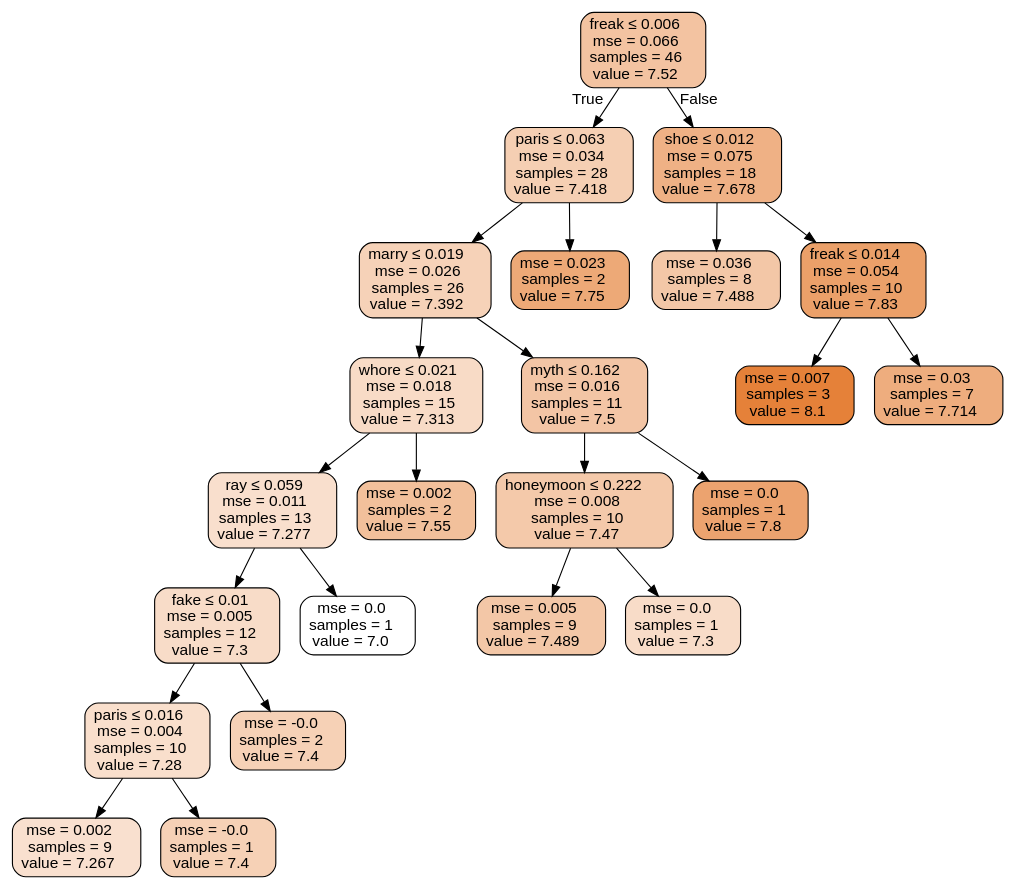
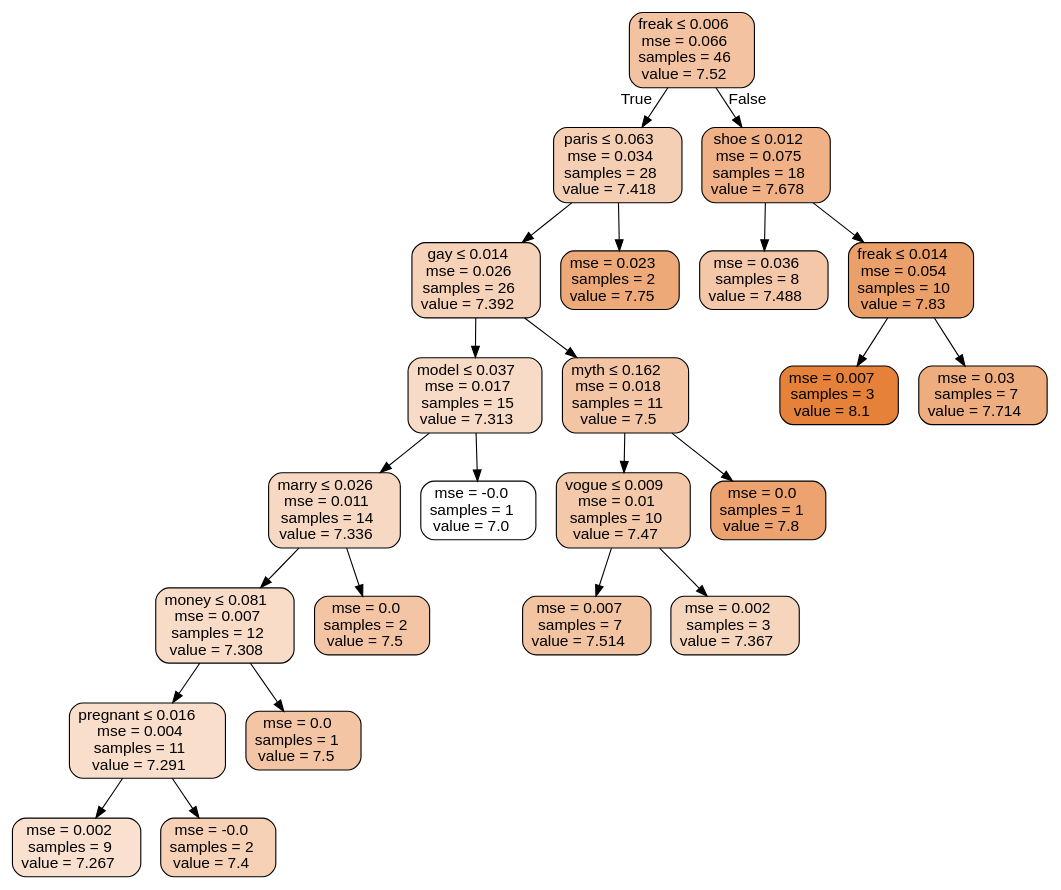
One commit to ranilovi/SATC_rating_prediction changed the diagram in boston_tree.dot. Above: the diagram before and after it, drawn with Graphviz. The commit also changed 3 other files, not shown here.

```diff
--- a/boston_tree.dot
+++ b/boston_tree.dot
@@ -1,49 +1,49 @@
 digraph Tree {
 node [shape=box, style="filled, rounded", color="black", fontname=helvetica] ;
 edge [fontname=helvetica] ;
 0 [label=<freak &le; 0.006<br/>mse = 0.066<br/>samples = 46<br/>value = 7.52>, fillcolor="#e5813978"] ;
 1 [label=<paris &le; 0.063<br/>mse = 0.034<br/>samples = 28<br/>value = 7.418>, fillcolor="#e5813961"] ;
 0 -> 1 [labeldistance=2.5, labelangle=45, headlabel="True"] ;
-2 [label=<marry &le; 0.019<br/>mse = 0.026<br/>samples = 26<br/>value = 7.392>, fillcolor="#e581395b"] ;
+2 [label=<gay &le; 0.014<br/>mse = 0.026<br/>samples = 26<br/>value = 7.392>, fillcolor="#e581395b"] ;
 1 -> 2 ;
-3 [label=<whore &le; 0.021<br/>mse = 0.018<br/>samples = 15<br/>value = 7.313>, fillcolor="#e5813949"] ;
+3 [label=<model &le; 0.037<br/>mse = 0.017<br/>samples = 15<br/>value = 7.313>, fillcolor="#e5813949"] ;
 2 -> 3 ;
-4 [label=<ray &le; 0.059<br/>mse = 0.011<br/>samples = 13<br/>value = 7.277>, fillcolor="#e5813940"] ;
+4 [label=<marry &le; 0.026<br/>mse = 0.011<br/>samples = 14<br/>value = 7.336>, fillcolor="#e581394e"] ;
 3 -> 4 ;
-5 [label=<fake &le; 0.01<br/>mse = 0.005<br/>samples = 12<br/>value = 7.3>, fillcolor="#e5813946"] ;
+5 [label=<money &le; 0.081<br/>mse = 0.007<br/>samples = 12<br/>value = 7.308>, fillcolor="#e5813947"] ;
 4 -> 5 ;
-6 [label=<paris &le; 0.016<br/>mse = 0.004<br/>samples = 10<br/>value = 7.28>, fillcolor="#e5813941"] ;
+6 [label=<pregnant &le; 0.016<br/>mse = 0.004<br/>samples = 11<br/>value = 7.291>, fillcolor="#e5813943"] ;
 5 -> 6 ;
 7 [label=<mse = 0.002<br/>samples = 9<br/>value = 7.267>, fillcolor="#e581393e"] ;
 6 -> 7 ;
-8 [label=<mse = -0.0<br/>samples = 1<br/>value = 7.4>, fillcolor="#e581395d"] ;
+8 [label=<mse = -0.0<br/>samples = 2<br/>value = 7.4>, fillcolor="#e581395d"] ;
 6 -> 8 ;
-9 [label=<mse = -0.0<br/>samples = 2<br/>value = 7.4>, fillcolor="#e581395d"] ;
+9 [label=<mse = 0.0<br/>samples = 1<br/>value = 7.5>, fillcolor="#e5813974"] ;
 5 -> 9 ;
-10 [label=<mse = 0.0<br/>samples = 1<br/>value = 7.0>, fillcolor="#e5813900"] ;
+10 [label=<mse = 0.0<br/>samples = 2<br/>value = 7.5>, fillcolor="#e5813974"] ;
 4 -> 10 ;
-11 [label=<mse = 0.002<br/>samples = 2<br/>value = 7.55>, fillcolor="#e5813980"] ;
+11 [label=<mse = -0.0<br/>samples = 1<br/>value = 7.0>, fillcolor="#e5813900"] ;
 3 -> 11 ;
-12 [label=<myth &le; 0.162<br/>mse = 0.016<br/>samples = 11<br/>value = 7.5>, fillcolor="#e5813974"] ;
+12 [label=<myth &le; 0.162<br/>mse = 0.018<br/>samples = 11<br/>value = 7.5>, fillcolor="#e5813974"] ;
 2 -> 12 ;
-13 [label=<honeymoon &le; 0.222<br/>mse = 0.008<br/>samples = 10<br/>value = 7.47>, fillcolor="#e581396d"] ;
+13 [label=<vogue &le; 0.009<br/>mse = 0.01<br/>samples = 10<br/>value = 7.47>, fillcolor="#e581396d"] ;
 12 -> 13 ;
-14 [label=<mse = 0.005<br/>samples = 9<br/>value = 7.489>, fillcolor="#e5813971"] ;
+14 [label=<mse = 0.007<br/>samples = 7<br/>value = 7.514>, fillcolor="#e5813977"] ;
 13 -> 14 ;
-15 [label=<mse = 0.0<br/>samples = 1<br/>value = 7.3>, fillcolor="#e5813946"] ;
+15 [label=<mse = 0.002<br/>samples = 3<br/>value = 7.367>, fillcolor="#e5813955"] ;
 13 -> 15 ;
 16 [label=<mse = 0.0<br/>samples = 1<br/>value = 7.8>, fillcolor="#e58139b9"] ;
 12 -> 16 ;
 17 [label=<mse = 0.023<br/>samples = 2<br/>value = 7.75>, fillcolor="#e58139ae"] ;
 1 -> 17 ;
 18 [label=<shoe &le; 0.012<br/>mse = 0.075<br/>samples = 18<br/>value = 7.678>, fillcolor="#e581399d"] ;
 0 -> 18 [labeldistance=2.5, labelangle=-45, headlabel="False"] ;
 19 [label=<mse = 0.036<br/>samples = 8<br/>value = 7.488>, fillcolor="#e5813971"] ;
 18 -> 19 ;
 20 [label=<freak &le; 0.014<br/>mse = 0.054<br/>samples = 10<br/>value = 7.83>, fillcolor="#e58139c0"] ;
 18 -> 20 ;
 21 [label=<mse = 0.007<br/>samples = 3<br/>value = 8.1>, fillcolor="#e58139ff"] ;
 20 -> 21 ;
 22 [label=<mse = 0.03<br/>samples = 7<br/>value = 7.714>, fillcolor="#e58139a6"] ;
 20 -> 22 ;
 }
```
